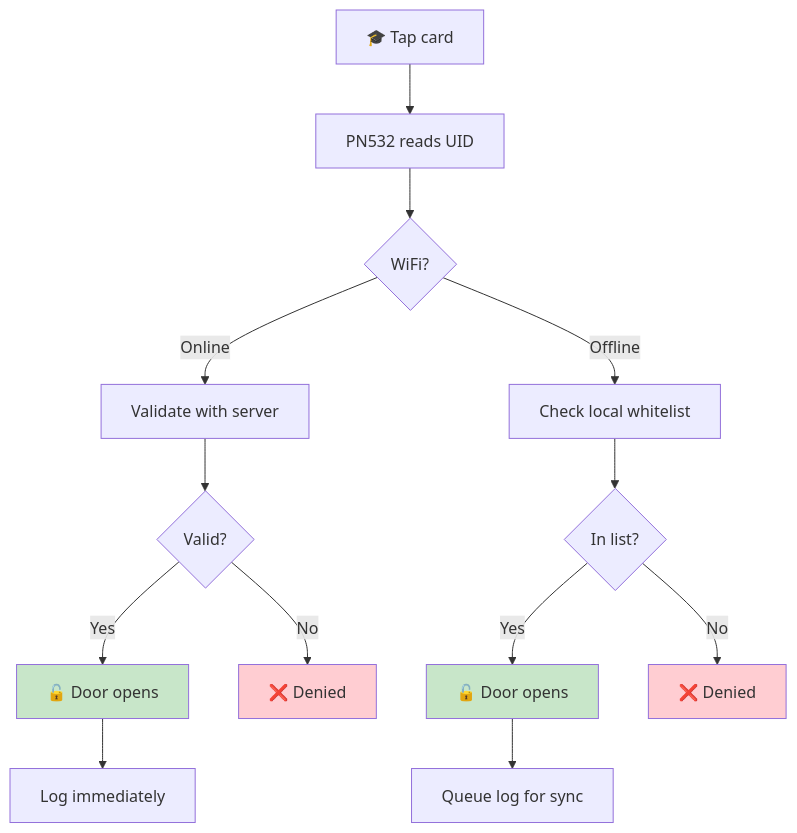
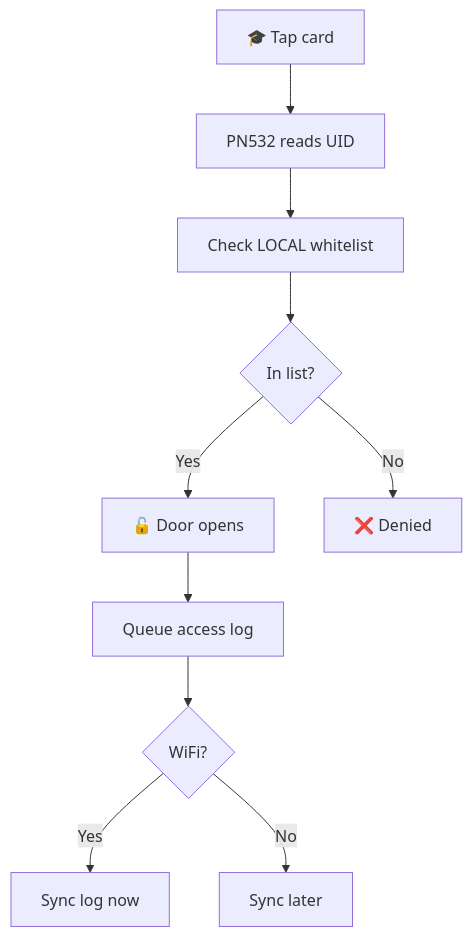
The second of 7 diagrams in README.md (South-33/SmartCampus), drawn with Mermaid before and after one commit. The commit also changed other lines of this file, not shown here.

Commit message:
docs: local-first architecture + anti-cheat + notifications

````diff
--- a/README.md
+++ b/README.md
@@ -79,24 +76,14 @@
 ```mermaid
 flowchart TD
     A[🎓 Tap card] --> B[PN532 reads UID]
-    B --> C{WiFi?}
+    B --> C[Check LOCAL whitelist]
+    C --> D{In list?}
     
-    C -->|Online| D[Validate with server]
-    C -->|Offline| E[Check local whitelist]
+    D -->|Yes| E[🔓 Door opens]
+    D -->|No| F[❌ Denied]
     
-    D --> F{Valid?}
-    E --> G{In list?}
-    
-    F -->|Yes| H[🔓 Door opens]
-    F -->|No| I[❌ Denied]
-    G -->|Yes| J[🔓 Door opens]
-    G -->|No| K[❌ Denied]
-    
-    H --> L[Log immediately]
-    J --> M[Queue log for sync]
-    
-    style H fill:#c8e6c9
-    style J fill:#c8e6c9
-    style I fill:#ffcdd2
-    style K fill:#ffcdd2
+    E --> G[Queue access log]
+    G --> H{WiFi?}
+    H -->|Yes| I[Sync log now]
+    H -->|No| J[Sync later]
 ```
````
